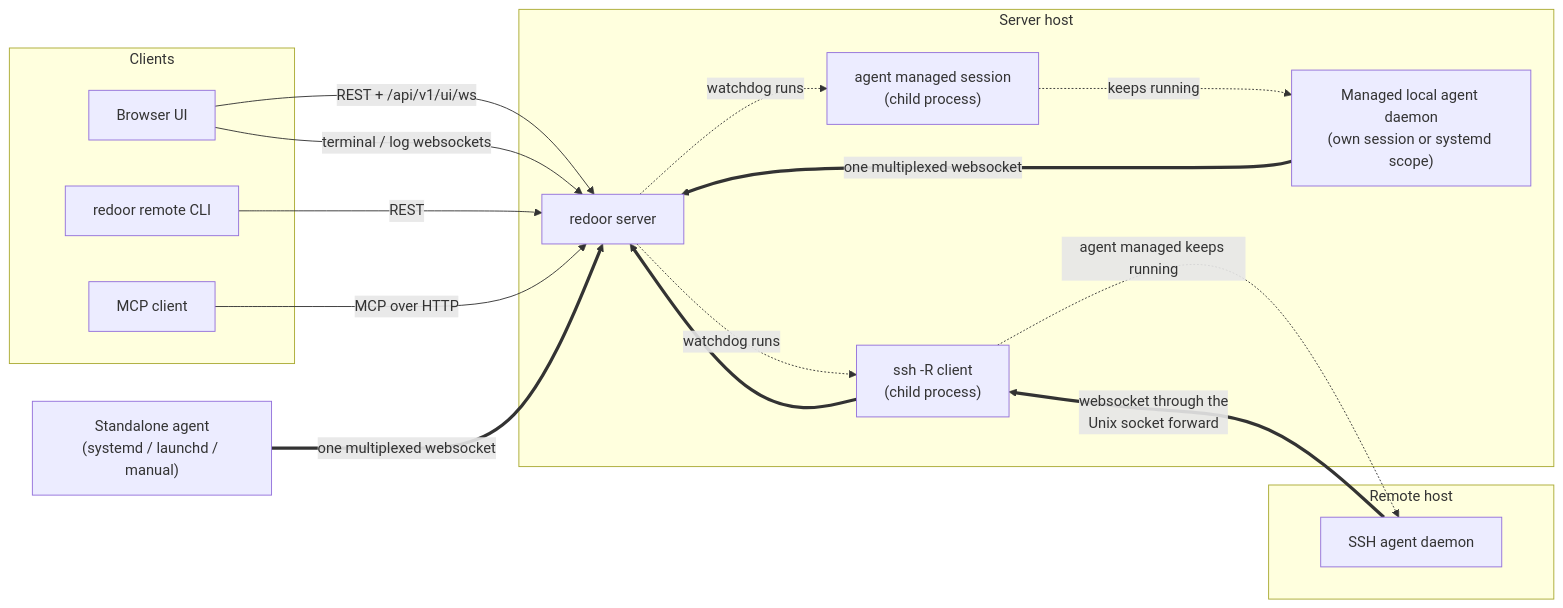
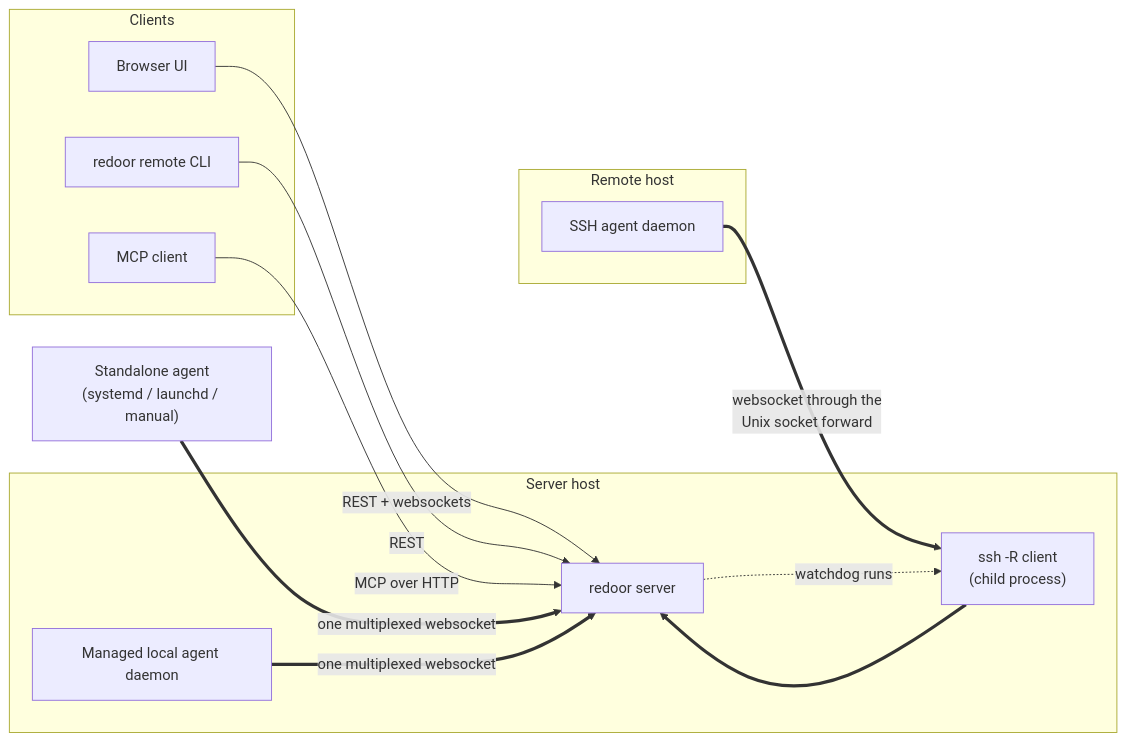
Before and after one commit to esamattis/redoor: the second of 3 diagrams in ARCHITECTURE.md, drawn with Mermaid. The commit also changed other lines of this file, not shown here.

First line of the commit message:
Reduce ARCHITECTURE.md to the high-level design

````diff
--- a/ARCHITECTURE.md
+++ b/ARCHITECTURE.md
@@ -364,36 +85,30 @@
 ```mermaid
 flowchart LR
     subgraph clients["Clients"]
         browser["Browser UI"]
         cli["redoor remote CLI"]
         mcp["MCP client"]
     end
 
     subgraph serverhost["Server host"]
         server["redoor server"]
-        local["Managed local agent daemon<br/>(own session or systemd scope)"]
-        holder["agent managed session<br/>(child process)"]
+        local["Managed local agent daemon"]
         ssh["ssh -R client<br/>(child process)"]
     end
 
     subgraph remote["Remote host"]
         sshagent["SSH agent daemon"]
     end
 
     external["Standalone agent<br/>(systemd / launchd / manual)"]
 
-    browser -->|"REST + /api/v1/ui/ws"| server
-    browser -->|"terminal / log websockets"| server
+    browser -->|"REST + websockets"| server
     cli -->|"REST"| server
     mcp -->|"MCP over HTTP"| server
 
-    server -.->|"watchdog runs"| holder
-    holder -.->|"keeps running"| local
     server -.->|"watchdog runs"| ssh
-    ssh -.->|"agent managed keeps running"| sshagent
-
     local ==>|"one multiplexed websocket"| server
     external ==>|"one multiplexed websocket"| server
     sshagent ==>|"websocket through the<br/>Unix socket forward"| ssh
     ssh ==> server
 ```
````
